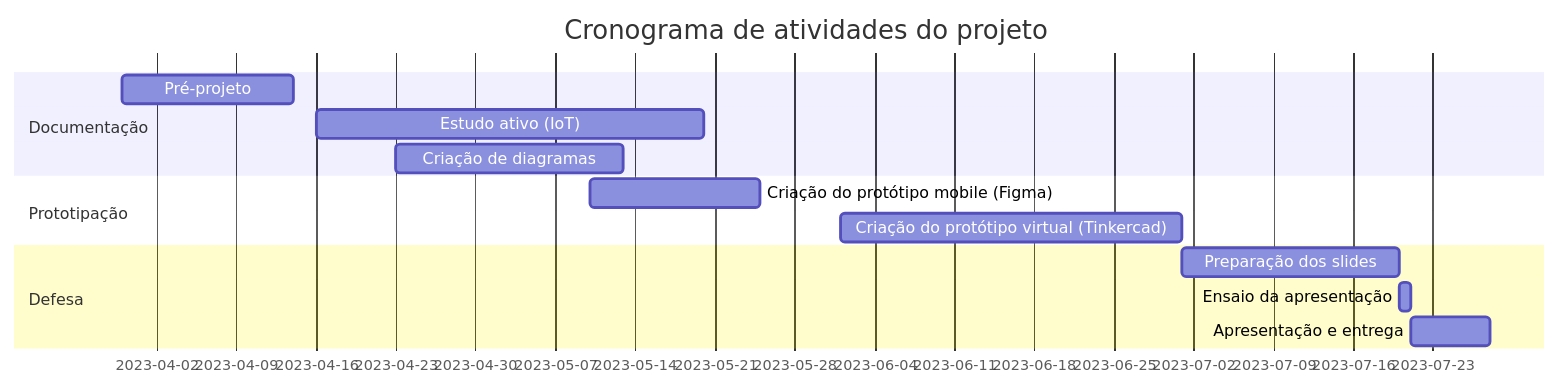
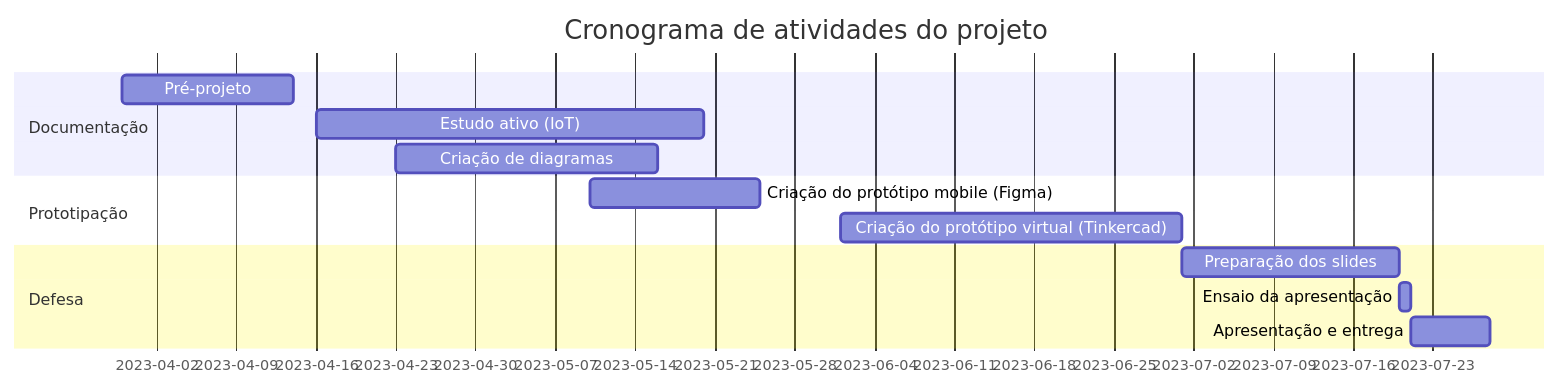
One commit to AgathaSena/Projeto-Integrador-II changed the diagram in README.md. Above: the diagram before and after it, drawn with Mermaid.

Commit message:
fix:diagramas

````diff
--- a/README.md
+++ b/README.md
@@ -6,16 +6,16 @@
  ```mermaid
     gantt
     title Cronograma de atividades do projeto
     dateFormat  YYYY-MM-DD
     section Documentação
     Pré-projeto     :a1,  2023-03-30, 15d
     Estudo ativo (IoT)  :a2, 2023-04-16, 34d
-    Criação de diagramas     :       c1,  2023-04-23, 20d
+    Criação de diagramas     :       c1,  2023-04-23, 23d
     section Prototipação
     Criação do protótipo mobile (Figma)      :c2,    2023-05-10, 15d
     Criação do protótipo virtual (Tinkercad)      :c3,    2023-06-01, 30d
     section Defesa
     Preparação dos slides :p1, after c3, 19d
     Ensaio da apresentação :p2, after p1, 01d
     Apresentação e entrega  :p3, after p2, 07d
 ``` 
````
